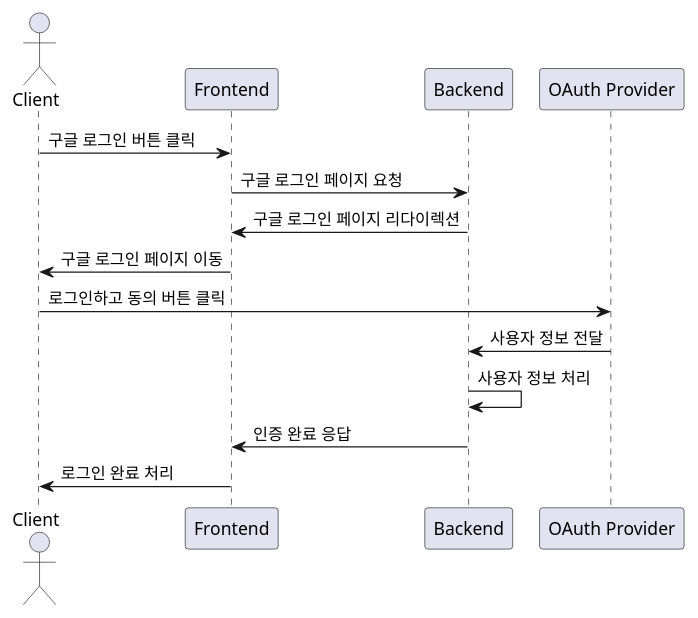
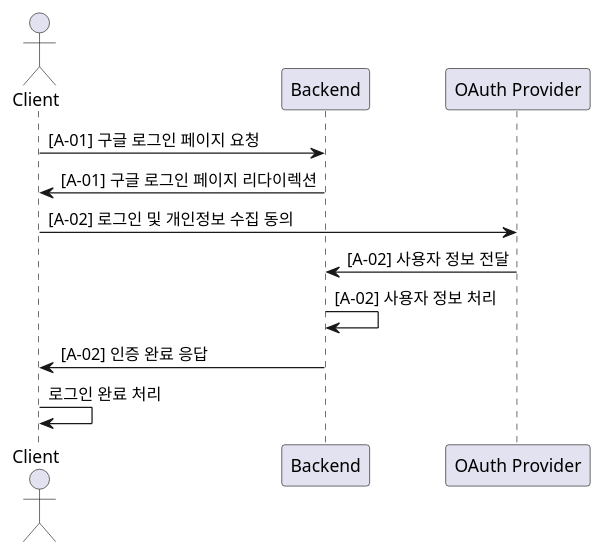
One commit to Yush1nk1m/MAT4331-backend changed the diagram in docs/UML/oauth2-sequence-diagram.puml. Above: the diagram before and after it, drawn with PlantUML. The commit also changed 6 other files, not shown here.

```diff
--- a/docs/UML/oauth2-sequence-diagram.puml
+++ b/docs/UML/oauth2-sequence-diagram.puml
@@ -1,17 +1,14 @@
 @startuml OAuth2
 actor Client
-participant Frontend
 participant Backend
 participant "OAuth Provider" as OAuth
 
-Client -> Frontend: 구글 로그인 버튼 클릭
-Frontend -> Backend: 구글 로그인 페이지 요청
-Backend -> Frontend: 구글 로그인 페이지 리다이렉션
-Frontend -> Client: 구글 로그인 페이지 이동
-Client -> OAuth: 로그인하고 동의 버튼 클릭
-OAuth -> Backend: 사용자 정보 전달
-Backend -> Backend: 사용자 정보 처리
-Backend -> Frontend: 인증 완료 응답
-Frontend -> Client: 로그인 완료 처리
+Client -> Backend: [A-01] 구글 로그인 페이지 요청
+Backend -> Client: [A-01] 구글 로그인 페이지 리다이렉션
+Client -> OAuth: [A-02] 로그인 및 개인정보 수집 동의
+OAuth -> Backend: [A-02] 사용자 정보 전달
+Backend -> Backend: [A-02] 사용자 정보 처리
+Backend -> Client: [A-02] 인증 완료 응답
+Client -> Client: 로그인 완료 처리
 
 @enduml
```
